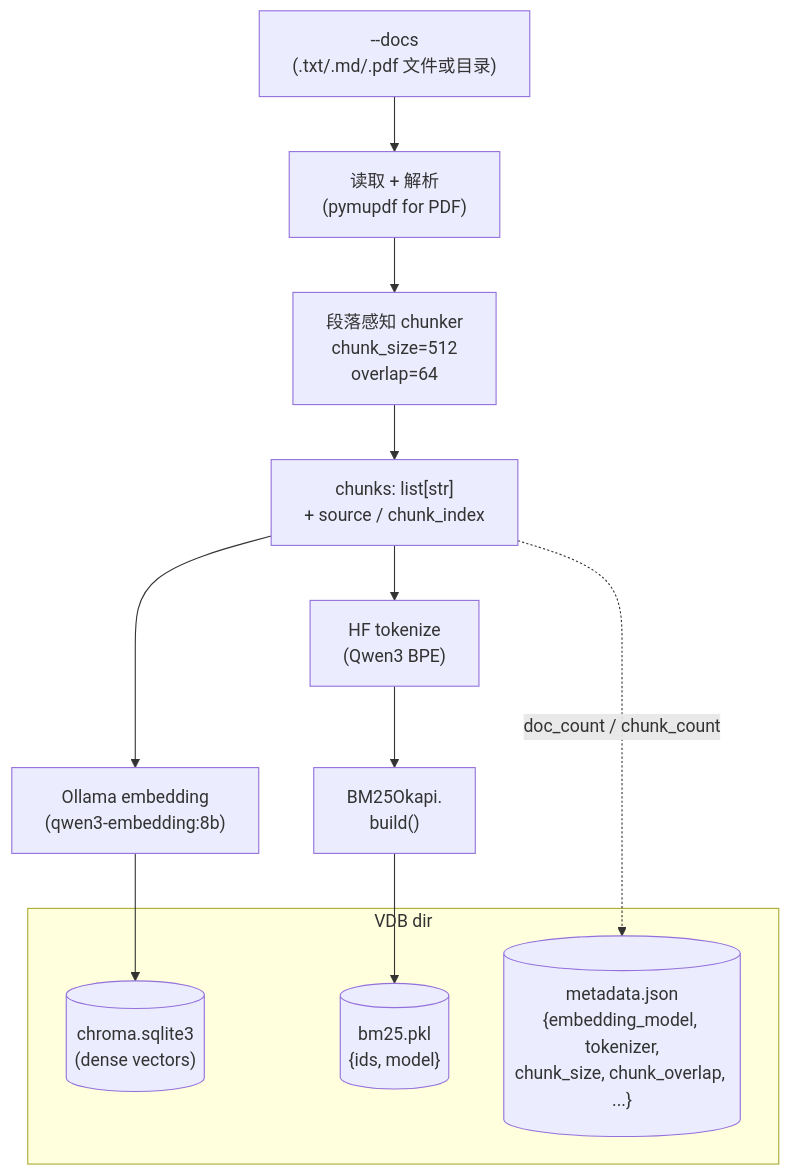
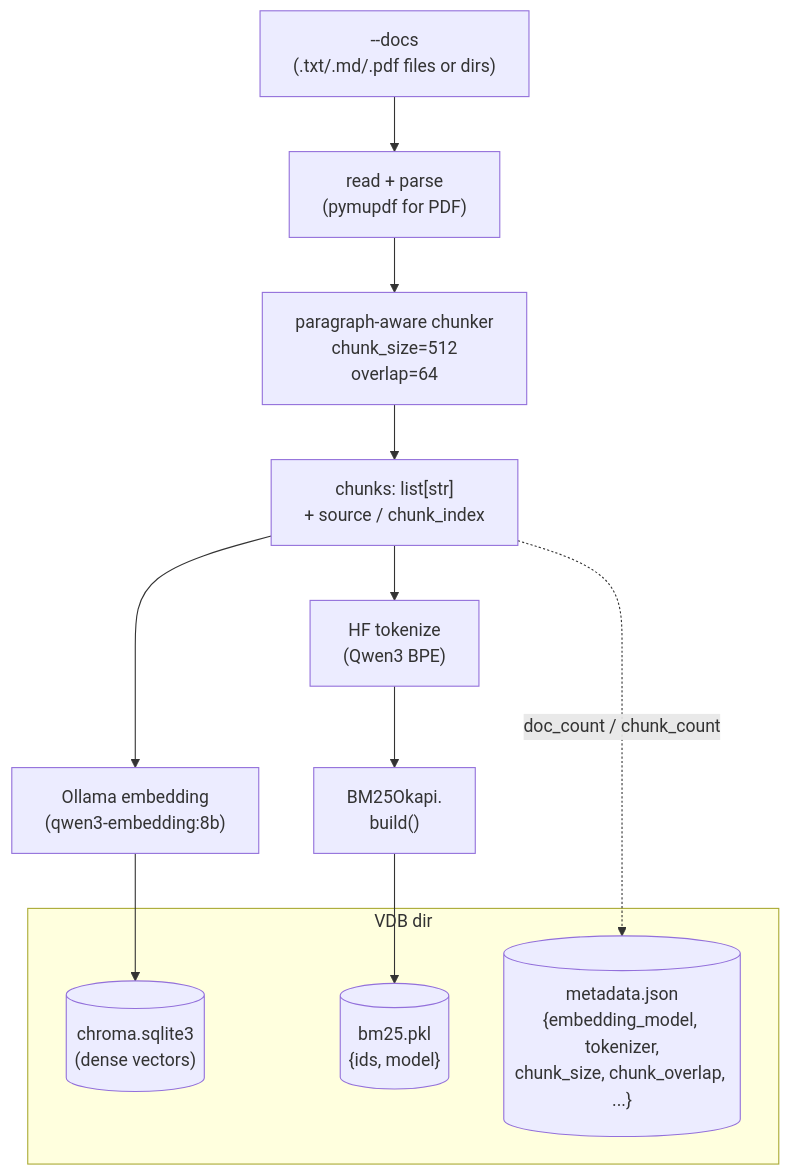
One commit to AndyUneducated/alchemy changed the second of 3 diagrams in play/rag/README.md. Above: the diagram before and after it, drawn with Mermaid. The commit also changed other lines of this file and 197 other files, not shown here.

````diff
--- a/play/rag/README.md
+++ b/play/rag/README.md
@@ -47,20 +47,20 @@
 ```mermaid
 flowchart TB
-    docs["--docs<br/>(.txt/.md/.pdf 文件或目录)"] --> read["读取 + 解析<br/>(pymupdf for PDF)"]
-    read --> chunk["段落感知 chunker<br/>chunk_size=512<br/>overlap=64"]
+    docs["--docs<br/>(.txt/.md/.pdf files or dirs)"] --> read["read + parse<br/>(pymupdf for PDF)"]
+    read --> chunk["paragraph-aware chunker<br/>chunk_size=512<br/>overlap=64"]
     chunk --> chunks["chunks: list[str]<br/>+ source / chunk_index"]
 
     chunks --> embed["Ollama embedding<br/>(qwen3-embedding:8b)"]
     chunks --> tok["HF tokenize<br/>(Qwen3 BPE)"]
 
     subgraph vdbDir [VDB dir]
         chroma[("chroma.sqlite3<br/>(dense vectors)")]
         pkl[("bm25.pkl<br/>{ids, model}")]
         meta[("metadata.json<br/>{embedding_model, tokenizer,<br/>chunk_size, chunk_overlap, ...}")]
     end
 
     embed --> chroma
     tok --> bm25build["BM25Okapi.<br/>build()"]
     bm25build --> pkl
     chunks -. doc_count / chunk_count .-> meta
 ```
````
